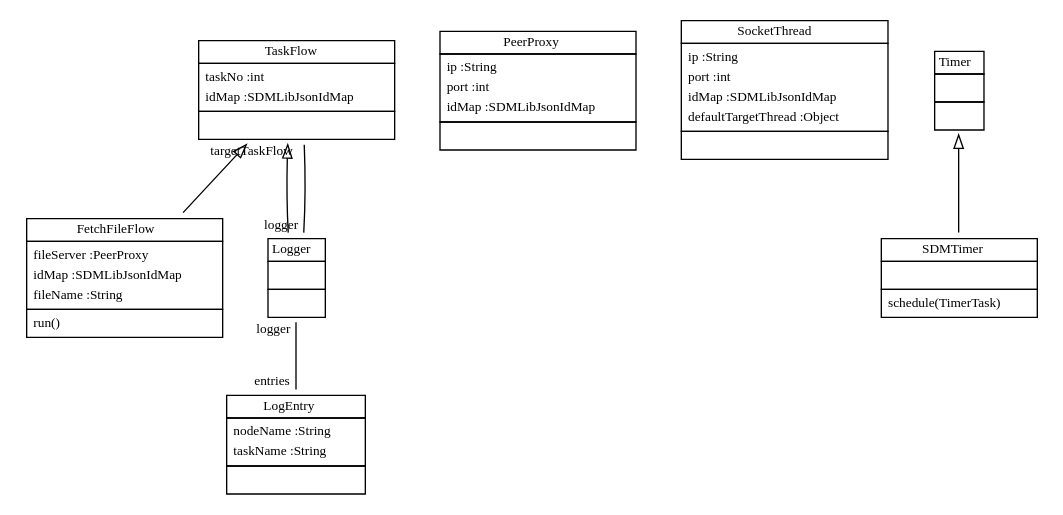
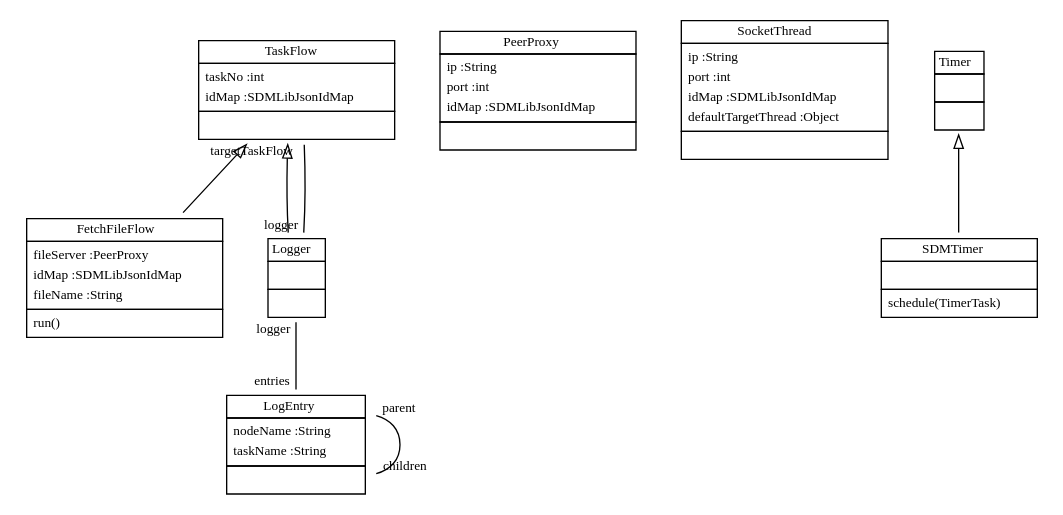
The diagram in doc/taskflowmodeldiag.dot (fujaba/SDMLib), drawn with Graphviz before and after one commit. The commit also changed 21 other files, not shown here.

Commit message:
swimlane diagrams (parallel), refactoring: renamed handel to handle

```diff
--- a/doc/taskflowmodeldiag.dot
+++ b/doc/taskflowmodeldiag.dot
@@ -1,23 +1,24 @@
 
  digraph ClassDiagram {
     node [shape = none, fontsize = 10]; 
     edge [fontsize = 10];
     
     
     _TaskFlow [label=<<table border='0' cellborder='1' cellspacing='0'> <tr> <td HREF="../swtsrc/org/sdmlib/model/taskflows/TaskFlow.java">TaskFlow</td> </tr> <tr><td><table border='0' cellborder='0' cellspacing='0'> <tr><td align='left'>taskNo :int</td></tr> <tr><td align='left'>idMap :SDMLibJsonIdMap</td></tr>  </table></td></tr> <tr><td><table border='0' cellborder='0' cellspacing='0'> <tr><td> </td></tr> </table></td></tr> </table>>];
     _PeerProxy [label=<<table border='0' cellborder='1' cellspacing='0'> <tr> <td HREF="../swtsrc/org/sdmlib/model/taskflows/PeerProxy.java">PeerProxy</td> </tr> <tr><td><table border='0' cellborder='0' cellspacing='0'> <tr><td align='left'>ip :String</td></tr> <tr><td align='left'>port :int</td></tr> <tr><td align='left'>idMap :SDMLibJsonIdMap</td></tr>  </table></td></tr> <tr><td><table border='0' cellborder='0' cellspacing='0'> <tr><td> </td></tr> </table></td></tr> </table>>];
     _SocketThread [label=<<table border='0' cellborder='1' cellspacing='0'> <tr> <td HREF="../swtsrc/org/sdmlib/model/taskflows/SocketThread.java">SocketThread</td> </tr> <tr><td><table border='0' cellborder='0' cellspacing='0'> <tr><td align='left'>ip :String</td></tr> <tr><td align='left'>port :int</td></tr> <tr><td align='left'>idMap :SDMLibJsonIdMap</td></tr> <tr><td align='left'>defaultTargetThread :Object</td></tr>  </table></td></tr> <tr><td><table border='0' cellborder='0' cellspacing='0'> <tr><td> </td></tr> </table></td></tr> </table>>];
     _FetchFileFlow [label=<<table border='0' cellborder='1' cellspacing='0'> <tr> <td HREF="../swtsrc/org/sdmlib/model/taskflows/FetchFileFlow.java">FetchFileFlow</td> </tr> <tr><td><table border='0' cellborder='0' cellspacing='0'> <tr><td align='left'>fileServer :PeerProxy</td></tr> <tr><td align='left'>idMap :SDMLibJsonIdMap</td></tr> <tr><td align='left'>fileName :String</td></tr>  </table></td></tr> <tr><td><table border='0' cellborder='0' cellspacing='0'> <tr><td align='left'>run()</td></tr>  </table></td></tr> </table>>];
     _Logger [label=<<table border='0' cellborder='1' cellspacing='0'> <tr> <td HREF="../swtsrc/org/sdmlib/model/taskflows/Logger.java">Logger</td> </tr> <tr><td><table border='0' cellborder='0' cellspacing='0'> <tr><td> </td></tr> </table></td></tr> <tr><td><table border='0' cellborder='0' cellspacing='0'> <tr><td> </td></tr> </table></td></tr> </table>>];
     _LogEntry [label=<<table border='0' cellborder='1' cellspacing='0'> <tr> <td HREF="../swtsrc/org/sdmlib/model/taskflows/LogEntry.java">LogEntry</td> </tr> <tr><td><table border='0' cellborder='0' cellspacing='0'> <tr><td align='left'>nodeName :String</td></tr> <tr><td align='left'>taskName :String</td></tr>  </table></td></tr> <tr><td><table border='0' cellborder='0' cellspacing='0'> <tr><td> </td></tr> </table></td></tr> </table>>];
     _Timer [label=<<table border='0' cellborder='1' cellspacing='0'> <tr> <td HREF="../swtsrc/java/util/Timer.java">Timer</td> </tr> <tr><td><table border='0' cellborder='0' cellspacing='0'> <tr><td> </td></tr> </table></td></tr> <tr><td><table border='0' cellborder='0' cellspacing='0'> <tr><td> </td></tr> </table></td></tr> </table>>];
     _SDMTimer [label=<<table border='0' cellborder='1' cellspacing='0'> <tr> <td HREF="../swtsrc/org/sdmlib/model/taskflows/SDMTimer.java">SDMTimer</td> </tr> <tr><td><table border='0' cellborder='0' cellspacing='0'> <tr><td> </td></tr> </table></td></tr> <tr><td><table border='0' cellborder='0' cellspacing='0'> <tr><td align='left'>schedule(TimerTask)</td></tr>  </table></td></tr> </table>>];
     
     
     
     _TaskFlow ->  _FetchFileFlow [dir = "back" arrowtail = "empty"];
     _TaskFlow ->  _Logger [dir = "back" arrowtail = "empty"];
     _Timer ->  _SDMTimer [dir = "back" arrowtail = "empty"];
     _Logger -> _TaskFlow [headlabel = "targetTaskFlow" taillabel = "logger" arrowhead = "none" ];
     _Logger -> _LogEntry [headlabel = "entries" taillabel = "logger" arrowhead = "none" ];
+    _LogEntry -> _LogEntry [headlabel = "children" taillabel = "parent" arrowhead = "none" ];
 }
```
